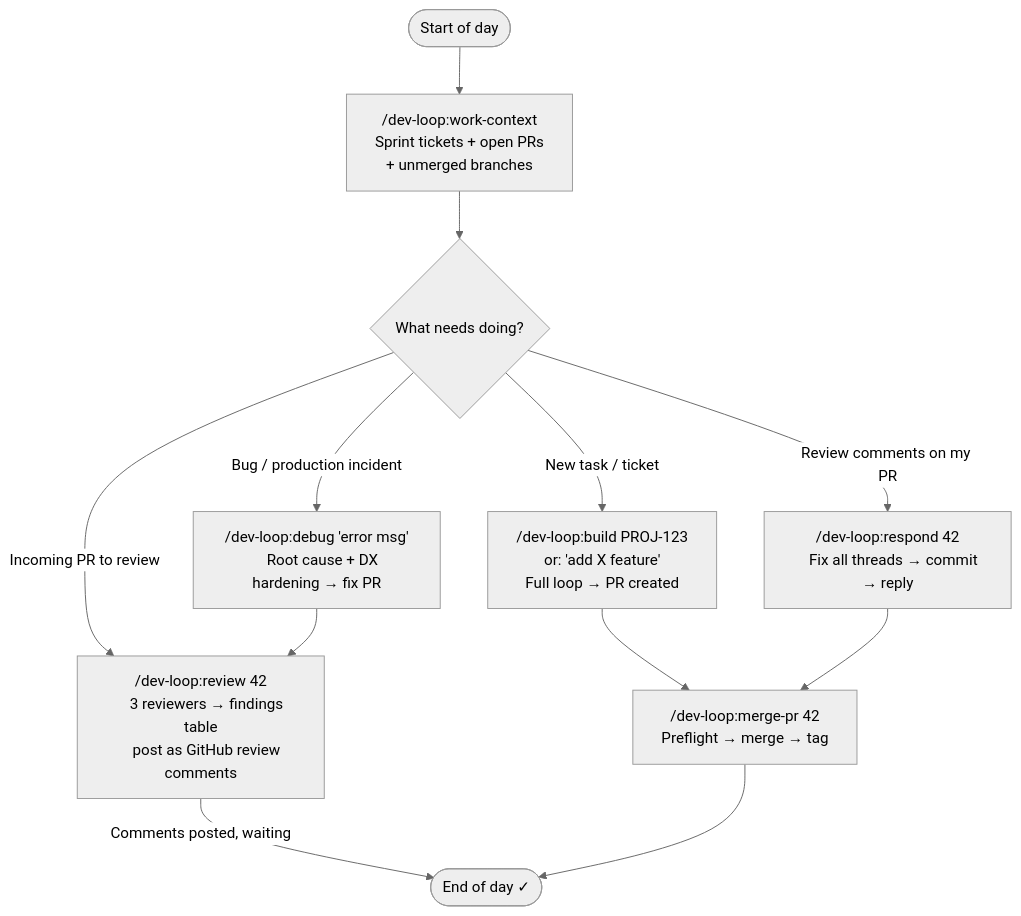
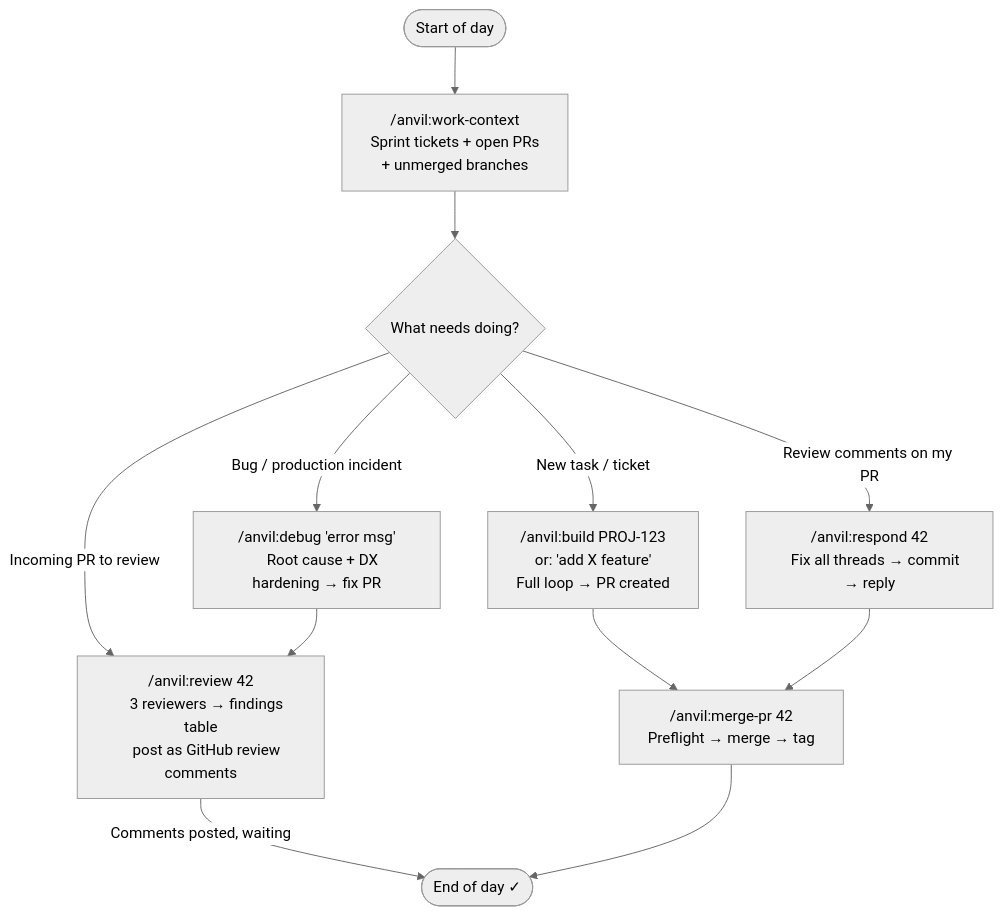
One commit to wasikarn/devflow changed the first of 3 diagrams in README.md. Above: the diagram before and after it, drawn with Mermaid (neutral theme). The commit also changed other lines of this file and 18 other files, not shown here.

Commit message:
refactor: replace dev-loop plugin name with anvil

````diff
--- a/README.md
+++ b/README.md
@@ -196,40 +196,40 @@
 ```mermaid
 flowchart TD
     MORNING([Start of day]) --> WC
 
-    WC["/dev-loop:work-context
+    WC["/anvil:work-context
     Sprint tickets + open PRs
     + unmerged branches"]
 
     WC --> DECISION{What needs doing?}
 
     DECISION -->|New task / ticket| BUILD
     DECISION -->|Incoming PR to review| REVIEW
     DECISION -->|Review comments on my PR| RESPOND
     DECISION -->|Bug / production incident| DEBUG
 
-    BUILD["/dev-loop:build PROJ-123
+    BUILD["/anvil:build PROJ-123
     or: 'add X feature'
     Full loop → PR created"]
 
-    REVIEW["/dev-loop:review 42
+    REVIEW["/anvil:review 42
     3 reviewers → findings table
     post as GitHub review comments"]
 
-    RESPOND["/dev-loop:respond 42
+    RESPOND["/anvil:respond 42
     Fix all threads → commit → reply"]
 
-    DEBUG["/dev-loop:debug 'error msg'
+    DEBUG["/anvil:debug 'error msg'
     Root cause + DX hardening → fix PR"]
 
     BUILD --> MERGE
     RESPOND --> MERGE
     DEBUG --> REVIEW
 
     REVIEW -->|Comments posted, waiting| EOD
 
-    MERGE["/dev-loop:merge-pr 42
+    MERGE["/anvil:merge-pr 42
     Preflight → merge → tag"]
 
     MERGE --> EOD([End of day ✓])
 ```
````
